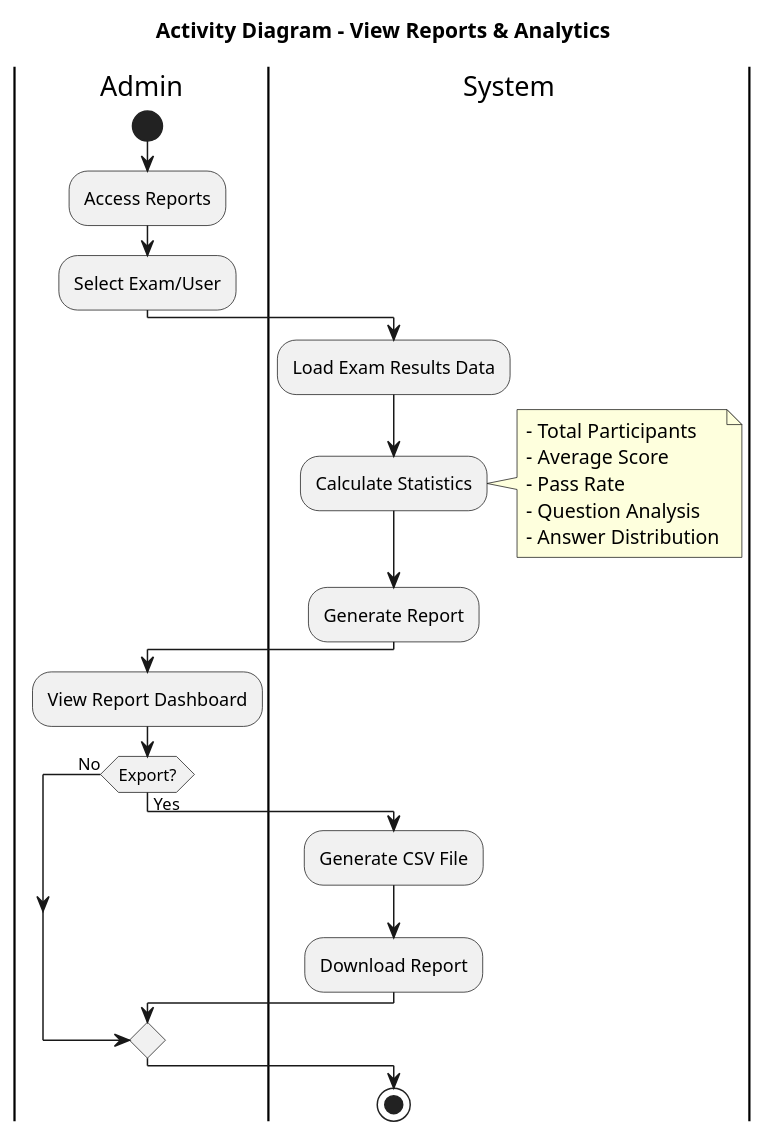
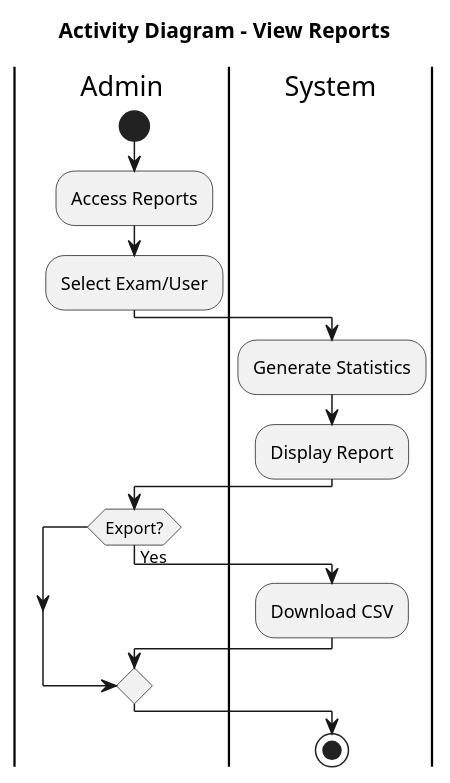
The third of 3 diagrams in docs/ActivityDiagram_CBT_PlantUML.puml (AogamiKiryuu/Ujikom-Satpol-PP-Kota-Bogor), drawn with PlantUML before and after one commit. The commit also changed other lines of this file and 7 other files, not shown here.

```diff
--- a/docs/ActivityDiagram_CBT_PlantUML.puml
+++ b/docs/ActivityDiagram_CBT_PlantUML.puml
@@ -101,33 +60,21 @@
 @startuml Activity_ViewReports
-title Activity Diagram - View Reports & Analytics
+title Activity Diagram - View Reports
 
 |Admin|
 start
 :Access Reports;
 :Select Exam/User;
 
 |System|
-:Load Exam Results Data;
-:Calculate Statistics;
-note right
-  - Total Participants
-  - Average Score
-  - Pass Rate
-  - Question Analysis
-  - Answer Distribution
-end note
-:Generate Report;
+:Generate Statistics;
+:Display Report;
 
 |Admin|
-:View Report Dashboard;
-
 if (Export?) then (Yes)
   |System|
-  :Generate CSV File;
-  :Download Report;
-else (No)
+  :Download CSV;
 endif
 
 stop
 
 @enduml
```
